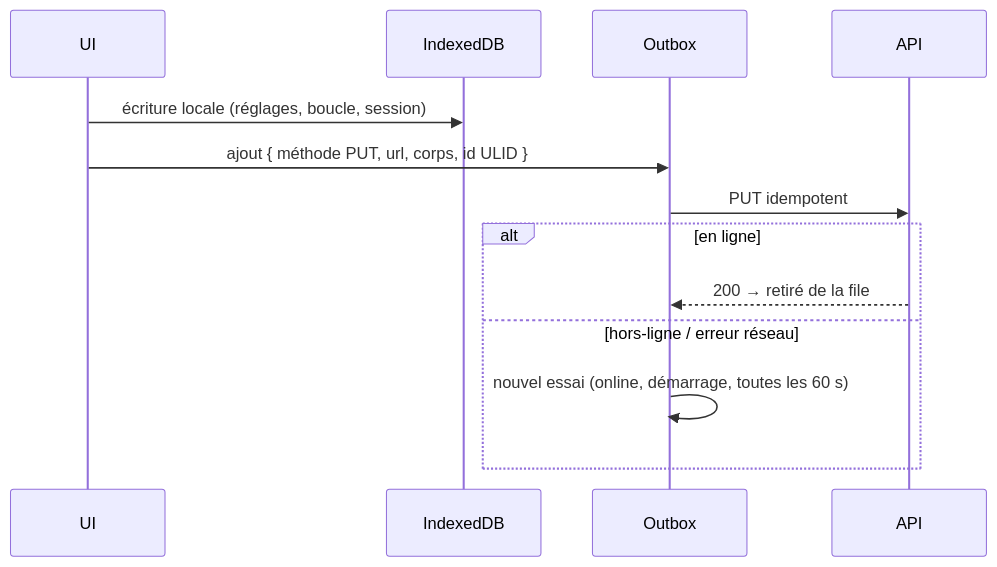
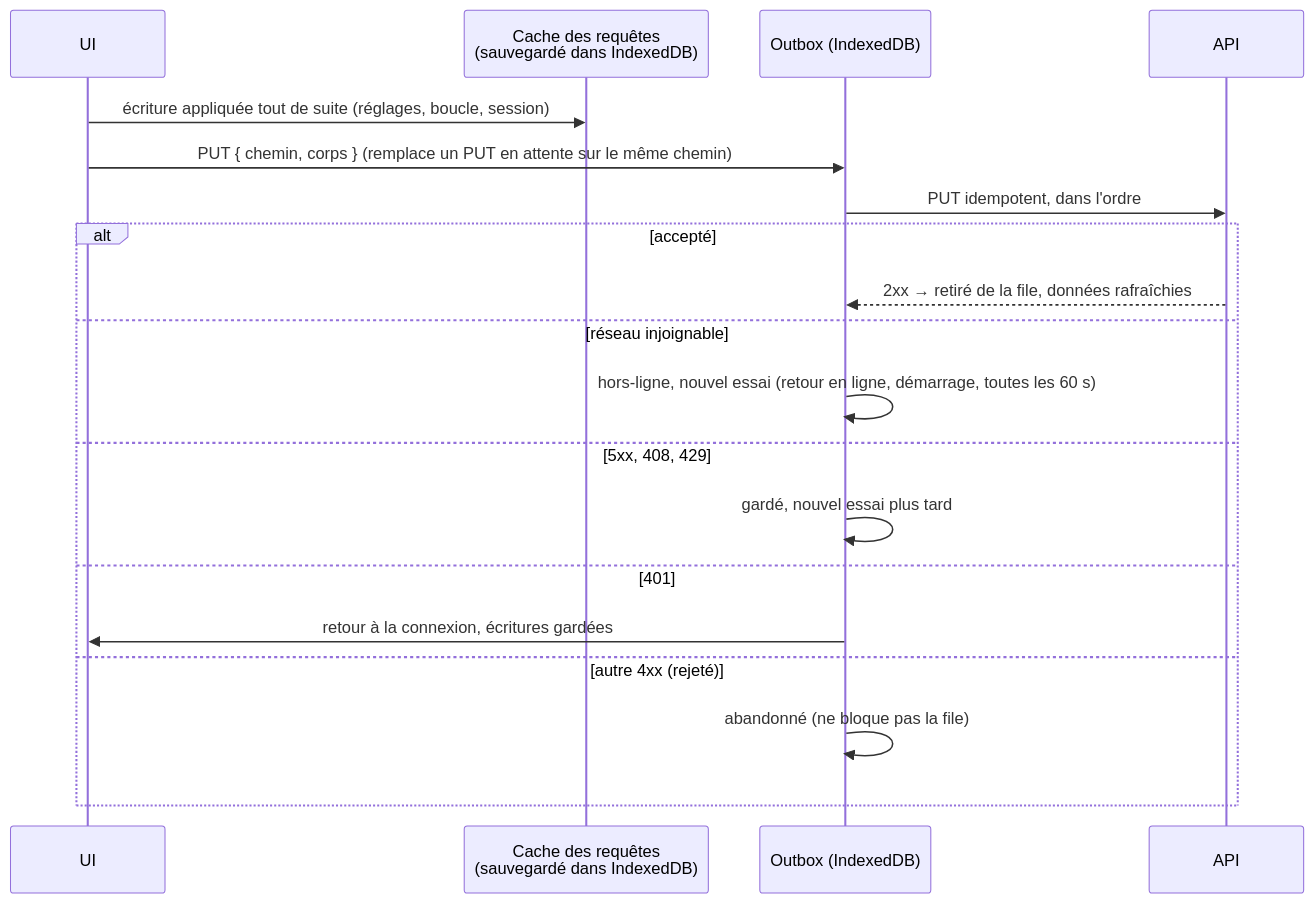
The second of 2 diagrams in docs/03-architecture/05-flux.md (Pierre-gaillard-dev/open-keys), drawn with Mermaid before and after one commit. The commit also changed other lines of this file and 7 other files, not shown here.

````diff
--- a/docs/03-architecture/05-flux.md
+++ b/docs/03-architecture/05-flux.md
@@ -34,15 +34,21 @@
 ```mermaid
 sequenceDiagram
   participant UI
-  participant IDB as IndexedDB
-  participant OB as Outbox
+  participant QC as Cache des requêtes<br/>(sauvegardé dans IndexedDB)
+  participant OB as Outbox (IndexedDB)
   participant A as API
-  UI->>IDB: écriture locale (réglages, boucle, session)
-  UI->>OB: ajout { méthode PUT, url, corps, id ULID }
-  OB->>A: PUT idempotent
-  alt en ligne
-    A-->>OB: 200 → retiré de la file
-  else hors-ligne / erreur réseau
-    OB->>OB: nouvel essai (online, démarrage, toutes les 60 s)
+  UI->>QC: écriture appliquée tout de suite (réglages, boucle, session)
+  UI->>OB: PUT { chemin, corps } (remplace un PUT en attente sur le même chemin)
+  OB->>A: PUT idempotent, dans l'ordre
+  alt accepté
+    A-->>OB: 2xx → retiré de la file, données rafraîchies
+  else réseau injoignable
+    OB->>OB: hors-ligne, nouvel essai (retour en ligne, démarrage, toutes les 60 s)
+  else 5xx, 408, 429
+    OB->>OB: gardé, nouvel essai plus tard
+  else 401
+    OB->>UI: retour à la connexion, écritures gardées
+  else autre 4xx (rejeté)
+    OB->>OB: abandonné (ne bloque pas la file)
   end
 ```
````
